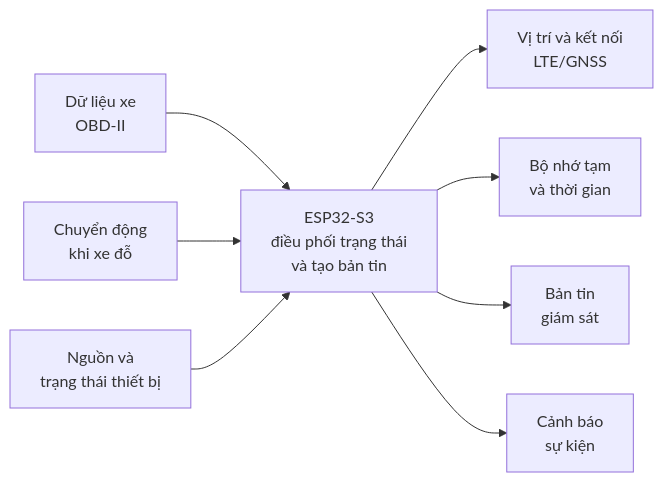
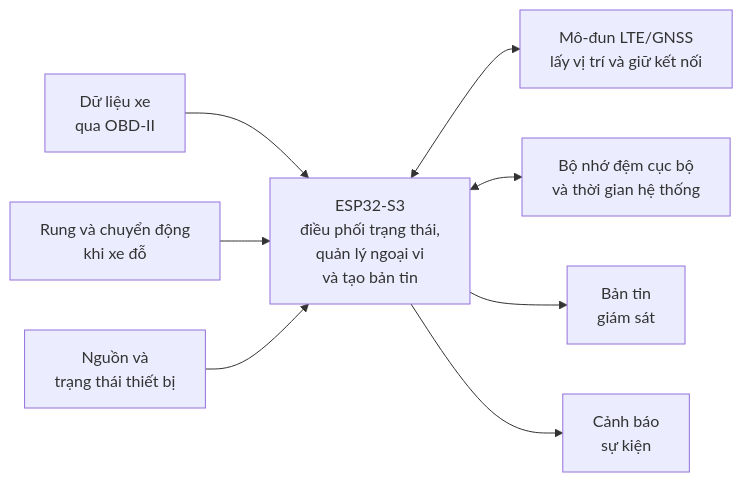
Before and after one commit to anmh1205/IoT_Vehicle_Tracking_System: the diagram in resources/reports/thesis/final/assets/uml/03-chuong-3-giai-phap-phan-cung-hinh-3-5-esp32-role-r11.mmd, drawn with Mermaid. The commit also changed 88 other files, not shown here.

```diff
--- a/resources/reports/thesis/final/assets/uml/03-chuong-3-giai-phap-phan-cung-hinh-3-5-esp32-role-r11.mmd
+++ b/resources/reports/thesis/final/assets/uml/03-chuong-3-giai-phap-phan-cung-hinh-3-5-esp32-role-r11.mmd
@@ -1,17 +1,17 @@
 flowchart LR
-    OBD["Dữ liệu xe<br/>OBD-II"]
-    Motion["Chuyển động<br/>khi xe đỗ"]
+    OBD["Dữ liệu xe<br/>qua OBD-II"]
+    Motion["Rung và chuyển động<br/>khi xe đỗ"]
     Power["Nguồn và<br/>trạng thái thiết bị"]
-    ESP["ESP32-S3<br/>điều phối trạng thái<br/>và tạo bản tin"]
-    Link["Vị trí và kết nối<br/>LTE/GNSS"]
-    Buffer["Bộ nhớ tạm<br/>và thời gian"]
+    ESP["ESP32-S3<br/>điều phối trạng thái,<br/>quản lý ngoại vi<br/>và tạo bản tin"]
+    Link["Mô-đun LTE/GNSS<br/>lấy vị trí và giữ kết nối"]
+    Buffer["Bộ nhớ đệm cục bộ<br/>và thời gian hệ thống"]
     Packet["Bản tin<br/>giám sát"]
     Alert["Cảnh báo<br/>sự kiện"]
 
     OBD --> ESP
     Motion --> ESP
     Power --> ESP
-    ESP --> Link
-    ESP --> Buffer
+    ESP <--> Link
+    ESP <--> Buffer
     ESP --> Packet
     ESP --> Alert
```
